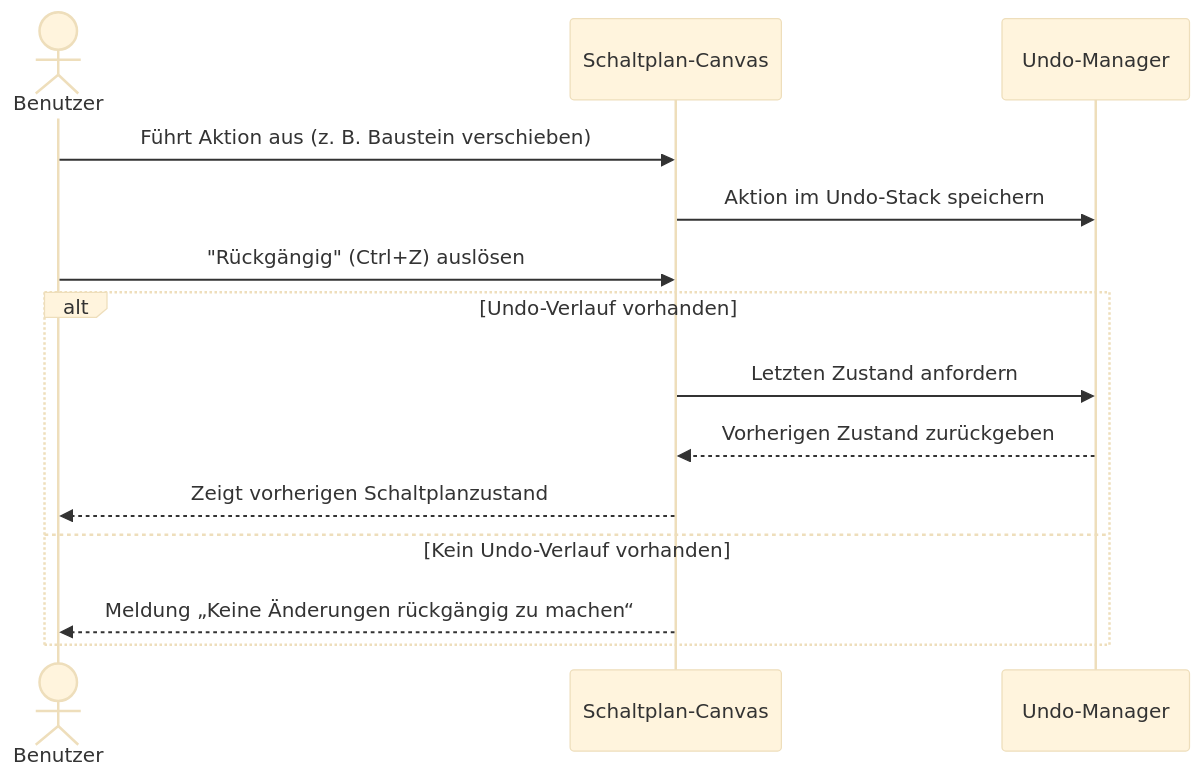
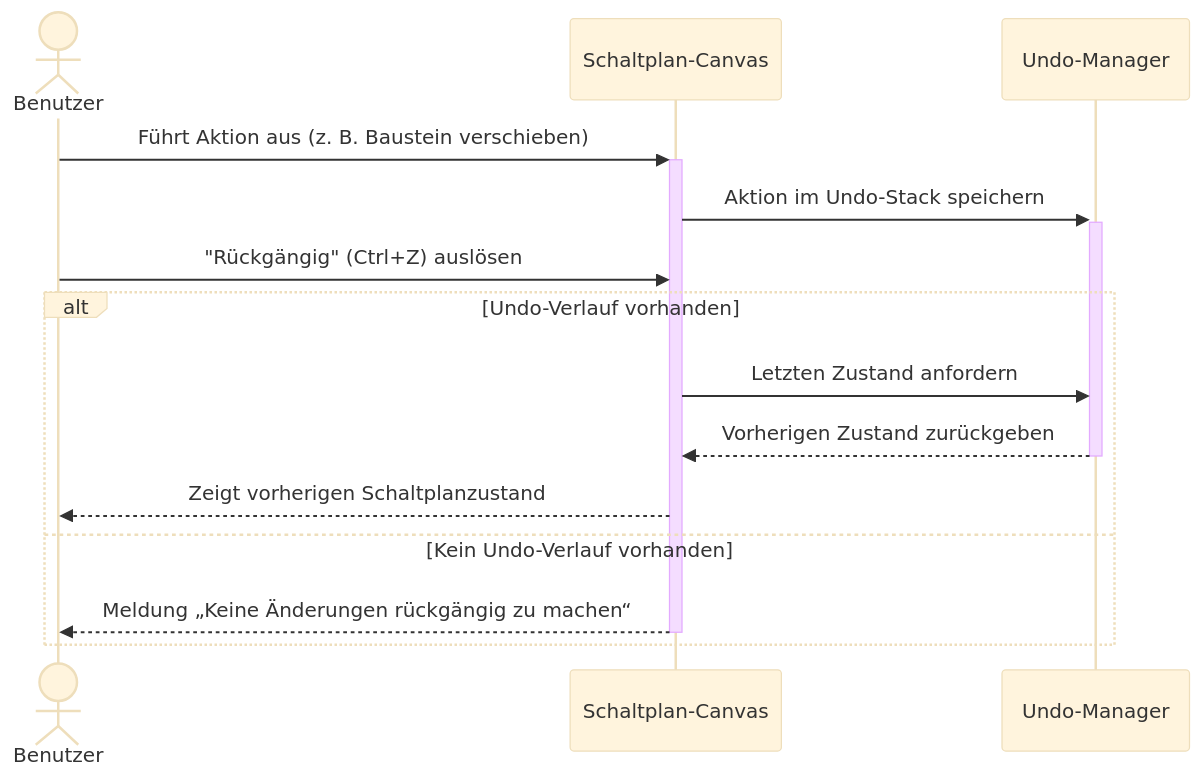
One commit to SimonJ2222/BitFlow changed the second of 22 diagrams in docs/use_cases/software_requirements_specification.md. Above: the diagram before and after it, drawn with Mermaid (base theme). The commit also changed other lines of this file, not shown here.

Commit message:
Added activations and deactivations to all Sequence Diagrams

````diff
--- a/docs/use_cases/software_requirements_specification.md
+++ b/docs/use_cases/software_requirements_specification.md
@@ -185,17 +185,17 @@
 ```mermaid
 sequenceDiagram
 	actor Benutzer
 	participant Canvas as Schaltplan-Canvas
 	participant System as Undo-Manager
 
-	Benutzer ->> Canvas: Führt Aktion aus (z. B. Baustein verschieben)
-	Canvas ->> System: Aktion im Undo-Stack speichern
+	Benutzer ->>+ Canvas: Führt Aktion aus (z. B. Baustein verschieben)
+	Canvas ->>+ System: Aktion im Undo-Stack speichern
 	Benutzer ->> Canvas: "Rückgängig" (Ctrl+Z) auslösen
 	alt Undo-Verlauf vorhanden
 		Canvas ->> System: Letzten Zustand anfordern
-		System -->> Canvas: Vorherigen Zustand zurückgeben
+		System -->>- Canvas: Vorherigen Zustand zurückgeben
 		Canvas -->> Benutzer: Zeigt vorherigen Schaltplanzustand
 	else Kein Undo-Verlauf vorhanden
-		Canvas -->> Benutzer: Meldung „Keine Änderungen rückgängig zu machen“
+		Canvas -->>- Benutzer: Meldung „Keine Änderungen rückgängig zu machen“
 	end
 ```
````
